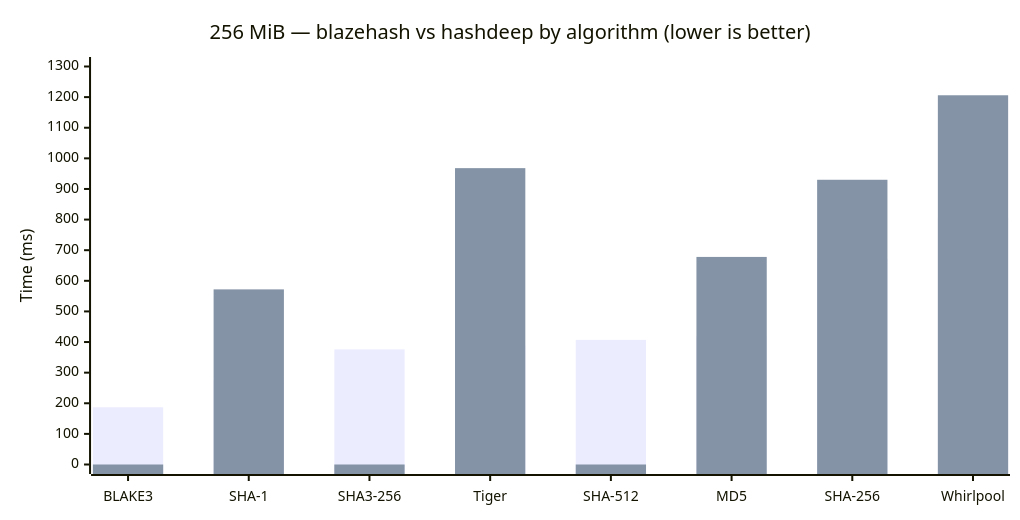
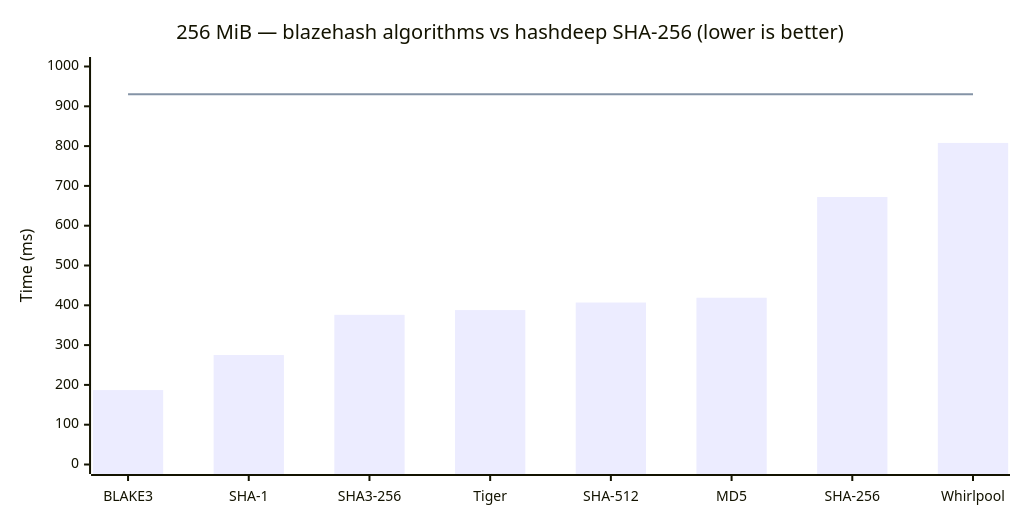
One commit to SecurityRonin/blazehash changed the fifth of 5 diagrams in docs/benchmarks.md. Above: the diagram before and after it, drawn with Mermaid. The commit also changed other lines of this file, not shown here.

Commit message:
docs: replace confusing BLAKE3 chart with bar+line design
Use bars for all 8 blazehash algorithms with a horizontal reference
line at hashdeep SHA-256 (930 ms). Everything below the line is
faster than hashdeep — BLAKE3 at 187 ms is visually dramatic against
the 930 ms baseline. Eliminates the confusing 0-value bars for
algorithms hashdeep doesn't support.

````diff
--- a/docs/benchmarks.md
+++ b/docs/benchmarks.md
@@ -157,13 +157,13 @@
 ```mermaid
 ---
 config:
     xyChart:
         width: 1000
 ---
 xychart-beta
-    title "256 MiB — blazehash vs hashdeep by algorithm (lower is better)"
+    title "256 MiB — blazehash algorithms vs hashdeep SHA-256 (lower is better)"
     x-axis ["BLAKE3", "SHA-1", "SHA3-256", "Tiger", "SHA-512", "MD5", "SHA-256", "Whirlpool"]
-    y-axis "Time (ms)" 0 --> 1300
+    y-axis "Time (ms)" 0 --> 1000
     bar "blazehash" [187, 275, 376, 388, 407, 419, 672, 808]
-    bar "hashdeep" [0, 572, 0, 968, 0, 678, 930, 1206]
+    line "hashdeep SHA-256" [930, 930, 930, 930, 930, 930, 930, 930]
 ```
````
